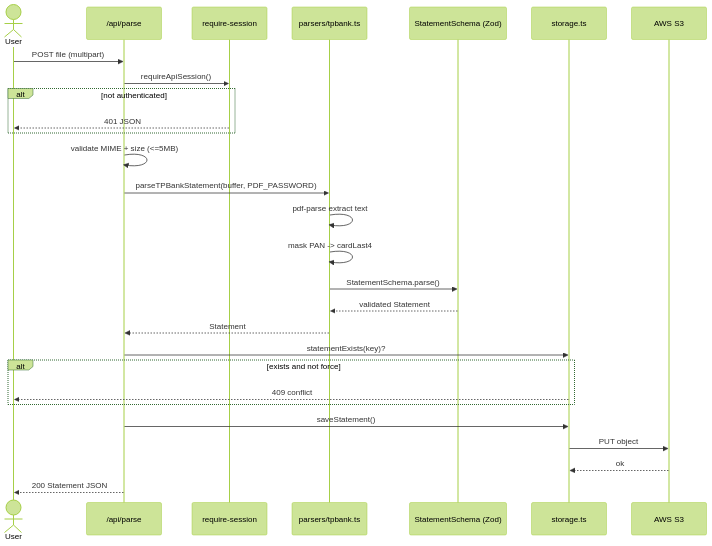
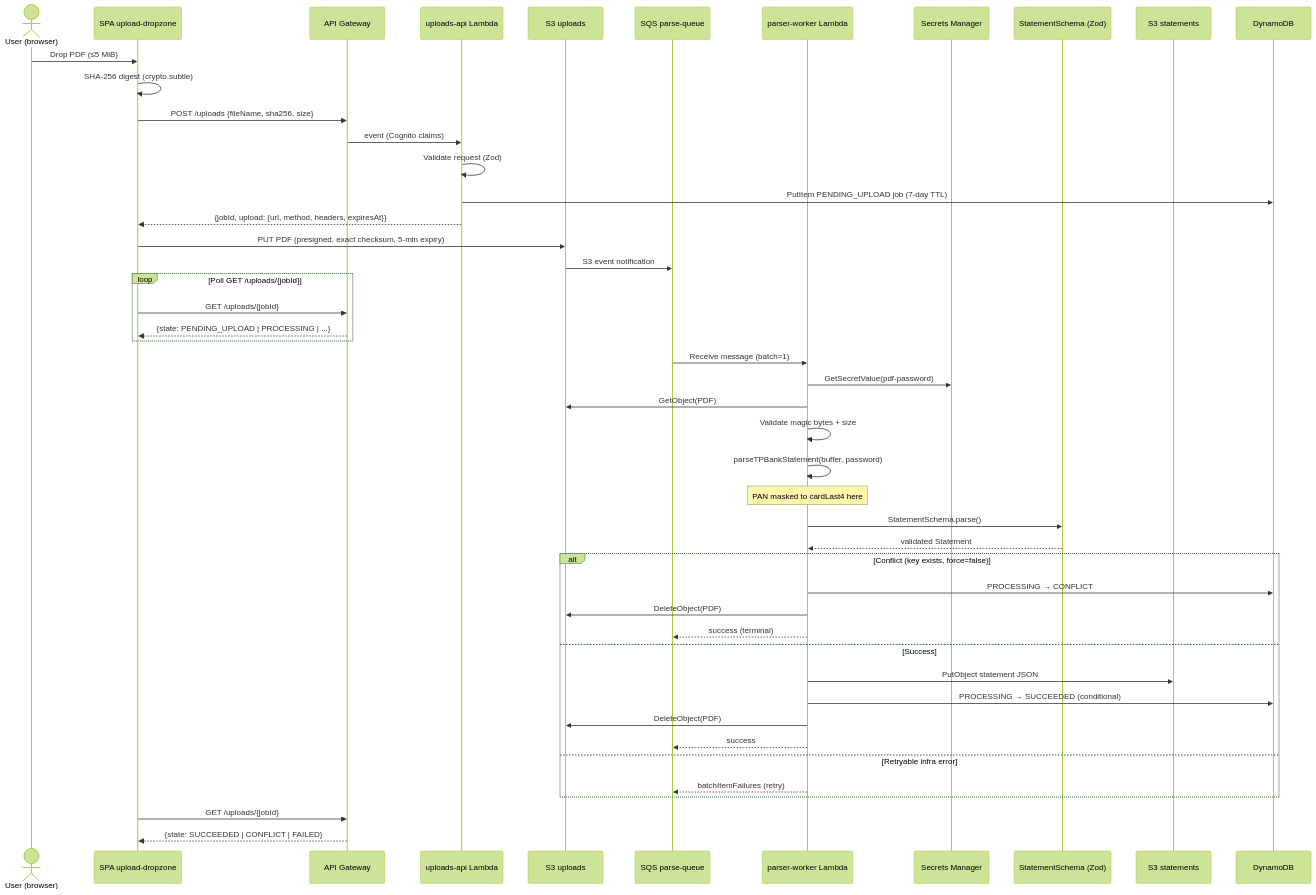
Before and after one commit to HuyNguyen260398/cashight: the second of 4 diagrams in docs/codebase/DIAGRAMS.md, drawn with Mermaid (forest theme). The commit also changed other lines of this file and 6 other files, not shown here.

````diff
--- a/docs/codebase/DIAGRAMS.md
+++ b/docs/codebase/DIAGRAMS.md
@@ -94,31 +112,55 @@
 ```mermaid
 sequenceDiagram
-    actor U as User
-    participant R as /api/parse
-    participant G as require-session
-    participant P as parsers/tpbank.ts
+    actor U as User (browser)
+    participant SPA as SPA upload-dropzone
+    participant APIGW as API Gateway
+    participant UploadsAPI as uploads-api Lambda
+    participant S3up as S3 uploads
+    participant SQS as SQS parse-queue
+    participant Parser as parser-worker Lambda
+    participant SM as Secrets Manager
     participant Z as StatementSchema (Zod)
-    participant S as storage.ts
-    participant S3 as AWS S3
+    participant S3st as S3 statements
+    participant DDB as DynamoDB
 
-    U->>R: POST file (multipart)
-    R->>G: requireApiSession()
-    alt not authenticated
-        G-->>U: 401 JSON
+    U->>SPA: Drop PDF (≤5 MiB)
+    SPA->>SPA: SHA-256 digest (crypto.subtle)
+    SPA->>APIGW: POST /uploads {fileName, sha256, size}
+    APIGW->>UploadsAPI: event (Cognito claims)
+    UploadsAPI->>UploadsAPI: Validate request (Zod)
+    UploadsAPI->>DDB: PutItem PENDING_UPLOAD job (7-day TTL)
+    UploadsAPI-->>SPA: {jobId, upload: {url, method, headers, expiresAt}}
+
+    SPA->>S3up: PUT PDF (presigned, exact checksum, 5-min expiry)
+    S3up->>SQS: S3 event notification
+
+    loop Poll GET /uploads/{jobId}
+        SPA->>APIGW: GET /uploads/{jobId}
+        APIGW-->>SPA: {state: PENDING_UPLOAD | PROCESSING | ...}
     end
-    R->>R: validate MIME + size (<=5MB)
-    R->>P: parseTPBankStatement(buffer, PDF_PASSWORD)
-    P->>P: pdf-parse extract text
-    P->>P: mask PAN -> cardLast4
-    P->>Z: StatementSchema.parse()
-    Z-->>P: validated Statement
-    P-->>R: Statement
-    R->>S: statementExists(key)?
-    alt exists and not force
-        S-->>U: 409 conflict
+
+    SQS->>Parser: Receive message (batch=1)
+    Parser->>SM: GetSecretValue(pdf-password)
+    Parser->>S3up: GetObject(PDF)
+    Parser->>Parser: Validate magic bytes + size
+    Parser->>Parser: parseTPBankStatement(buffer, password)
+    Note over Parser: PAN masked to cardLast4 here
+    Parser->>Z: StatementSchema.parse()
+    Z-->>Parser: validated Statement
+
+    alt Conflict (key exists, force=false)
+        Parser->>DDB: PROCESSING → CONFLICT
+        Parser->>S3up: DeleteObject(PDF)
+        Parser-->>SQS: success (terminal)
+    else Success
+        Parser->>S3st: PutObject statement JSON
+        Parser->>DDB: PROCESSING → SUCCEEDED (conditional)
+        Parser->>S3up: DeleteObject(PDF)
+        Parser-->>SQS: success
+    else Retryable infra error
+        Parser-->>SQS: batchItemFailures (retry)
     end
-    R->>S: saveStatement()
-    S->>S3: PUT object
-    S3-->>S: ok
-    R-->>U: 200 Statement JSON
+
+    SPA->>APIGW: GET /uploads/{jobId}
+    APIGW-->>SPA: {state: SUCCEEDED | CONFLICT | FAILED}
 ```
````
